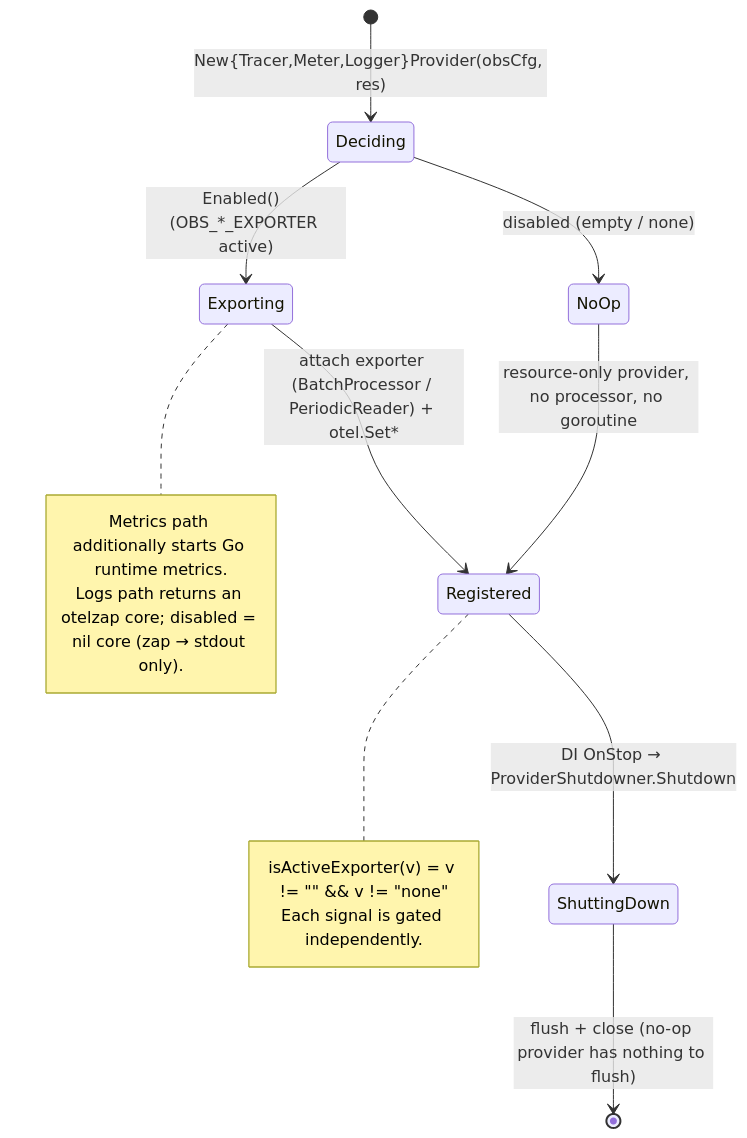
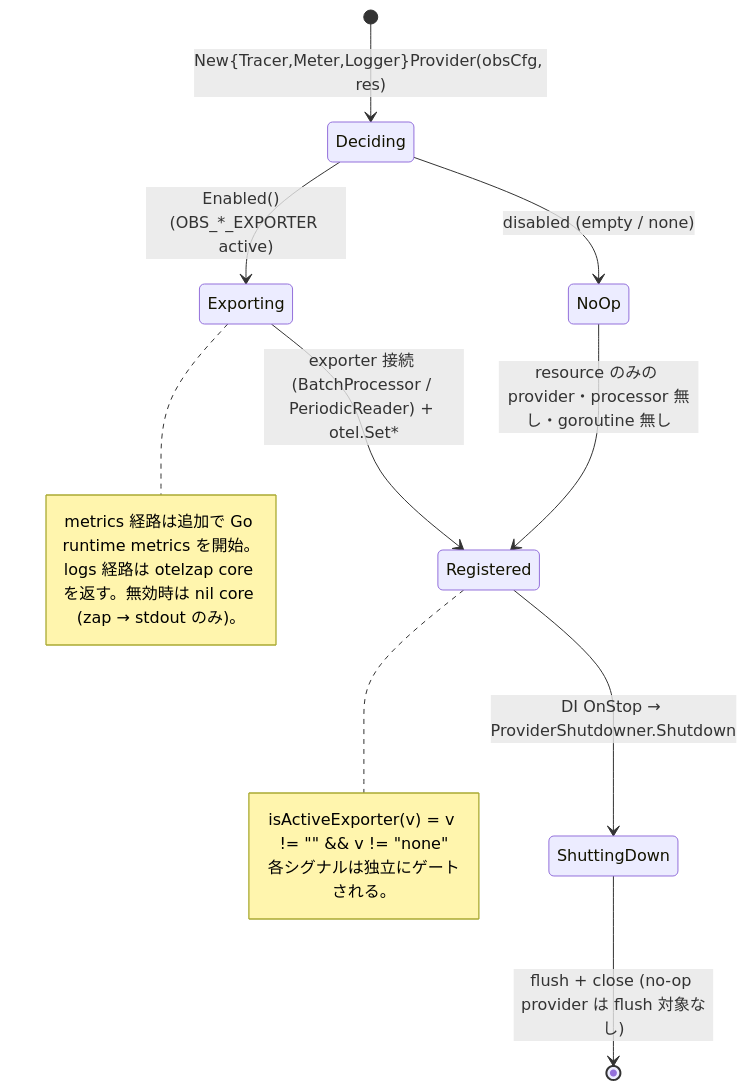
The first of 4 diagrams in docs/design/observability.md (Tomy-ch/go-boilerplate), drawn with Mermaid before and after one commit. The commit also changed other lines of this file and 970 other files, not shown here.

````diff
--- a/docs/design/observability.md
+++ b/docs/design/observability.md
@@ -38,19 +38,19 @@
 ```mermaid
 stateDiagram-v2
     [*] --> Deciding: New{Tracer,Meter,Logger}Provider(obsCfg, res)
     Deciding --> Exporting: <Signal>Enabled()  (OBS_*_EXPORTER active)
     Deciding --> NoOp: disabled (empty / none)
-    Exporting --> Registered: attach exporter (BatchProcessor / PeriodicReader) + otel.Set*
-    NoOp --> Registered: resource-only provider, no processor, no goroutine
+    Exporting --> Registered: exporter 接続 (BatchProcessor / PeriodicReader) + otel.Set*
+    NoOp --> Registered: resource のみの provider・processor 無し・goroutine 無し
     Registered --> ShuttingDown: DI OnStop → ProviderShutdowner.Shutdown
-    ShuttingDown --> [*]: flush + close (no-op provider has nothing to flush)
+    ShuttingDown --> [*]: flush + close (no-op provider は flush 対象なし)
 
     note right of Exporting
-      Metrics path additionally starts Go runtime metrics.
-      Logs path returns an otelzap core; disabled = nil core (zap → stdout only).
+      metrics 経路は追加で Go runtime metrics を開始。
+      logs 経路は otelzap core を返す。無効時は nil core (zap → stdout のみ)。
     end note
     note right of Registered
       isActiveExporter(v) = v != "" && v != "none"
-      Each signal is gated independently.
+      各シグナルは独立にゲートされる。
     end note
 ```
````
